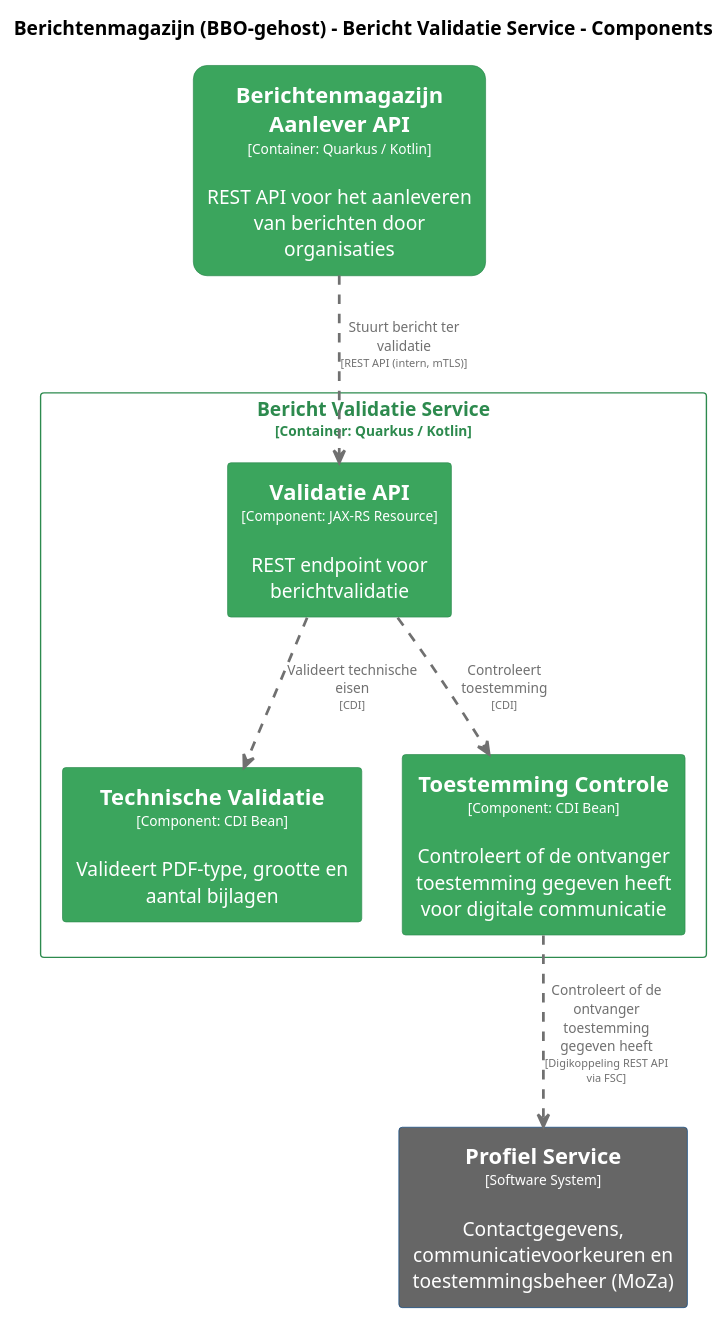
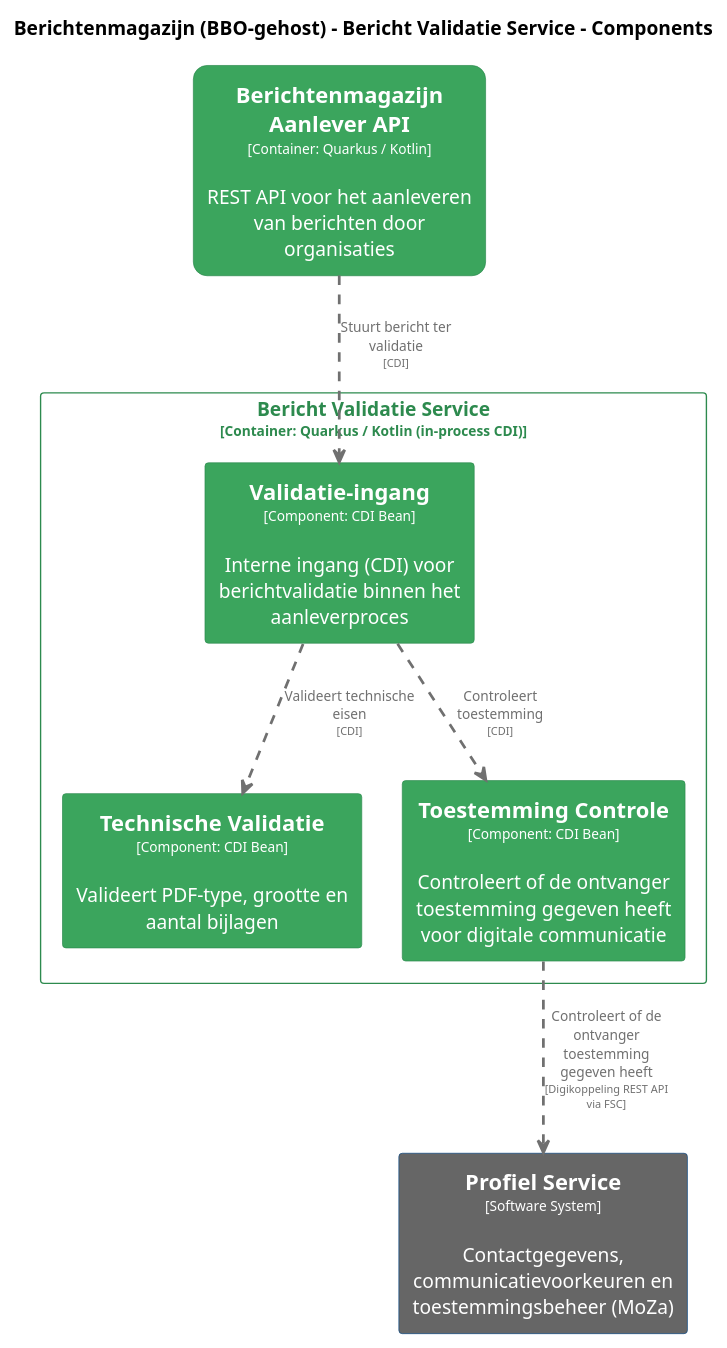
Before and after one commit to MinBZK/moza-poc-fbs-berichtenbox: the diagram in master/puml/BerichtValidatieComponenten.puml, drawn with PlantUML. The commit also changed 51 other files, not shown here.

```diff
--- a/master/puml/BerichtValidatieComponenten.puml
+++ b/master/puml/BerichtValidatieComponenten.puml
@@ -1,68 +1,68 @@
 @startuml
 set separator none
 title Berichtenmagazijn (BBO-gehost) - Bericht Validatie Service - Components
 
 top to bottom direction
 skinparam ranksep 60
 skinparam nodesep 30
 
 skinparam {
   arrowFontSize 10
   defaultTextAlignment center
   wrapWidth 200
   maxMessageSize 100
 }
 
 hide stereotype
 
 skinparam rectangle<<BerichtenmagazijnBBOgehost.BerichtenmagazijnAanleverAPI>> {
   BackgroundColor #3ba55d
   FontColor #ffffff
   BorderColor #2d8a4e
   roundCorner 20
   shadowing false
 }
 skinparam rectangle<<ProfielService>> {
   BackgroundColor #666666
   FontColor #ffffff
   BorderColor #0b4884
   shadowing false
 }
 skinparam rectangle<<BerichtenmagazijnBBOgehost.BerichtValidatieService.TechnischeValidatie>> {
   BackgroundColor #3ba55d
   FontColor #ffffff
   BorderColor #2d8a4e
   shadowing false
 }
 skinparam rectangle<<BerichtenmagazijnBBOgehost.BerichtValidatieService.ToestemmingControle>> {
   BackgroundColor #3ba55d
   FontColor #ffffff
   BorderColor #2d8a4e
   shadowing false
 }
-skinparam rectangle<<BerichtenmagazijnBBOgehost.BerichtValidatieService.ValidatieAPI>> {
+skinparam rectangle<<BerichtenmagazijnBBOgehost.BerichtValidatieService.Validatieingang>> {
   BackgroundColor #3ba55d
   FontColor #ffffff
   BorderColor #2d8a4e
   shadowing false
 }
 skinparam rectangle<<BerichtenmagazijnBBOgehost.BerichtValidatieService>> {
   BorderColor #2d8a4e
   FontColor #2d8a4e
   shadowing false
 }
 
 rectangle "==Profiel Service\n<size:10>[Software System]</size>\n\nContactgegevens, communicatievoorkeuren en toestemmingsbeheer (MoZa)" <<ProfielService>> as ProfielService
 rectangle "==Berichtenmagazijn Aanlever API\n<size:10>[Container: Quarkus / Kotlin]</size>\n\nREST API voor het aanleveren van berichten door organisaties" <<BerichtenmagazijnBBOgehost.BerichtenmagazijnAanleverAPI>> as BerichtenmagazijnBBOgehost.BerichtenmagazijnAanleverAPI
 
-rectangle "Bericht Validatie Service\n<size:10>[Container: Quarkus / Kotlin]</size>" <<BerichtenmagazijnBBOgehost.BerichtValidatieService>> {
-  rectangle "==Validatie API\n<size:10>[Component: JAX-RS Resource]</size>\n\nREST endpoint voor berichtvalidatie" <<BerichtenmagazijnBBOgehost.BerichtValidatieService.ValidatieAPI>> as BerichtenmagazijnBBOgehost.BerichtValidatieService.ValidatieAPI
+rectangle "Bericht Validatie Service\n<size:10>[Container: Quarkus / Kotlin (in-process CDI)]</size>" <<BerichtenmagazijnBBOgehost.BerichtValidatieService>> {
+  rectangle "==Validatie-ingang\n<size:10>[Component: CDI Bean]</size>\n\nInterne ingang (CDI) voor berichtvalidatie binnen het aanleverproces" <<BerichtenmagazijnBBOgehost.BerichtValidatieService.Validatieingang>> as BerichtenmagazijnBBOgehost.BerichtValidatieService.Validatieingang
   rectangle "==Technische Validatie\n<size:10>[Component: CDI Bean]</size>\n\nValideert PDF-type, grootte en aantal bijlagen" <<BerichtenmagazijnBBOgehost.BerichtValidatieService.TechnischeValidatie>> as BerichtenmagazijnBBOgehost.BerichtValidatieService.TechnischeValidatie
   rectangle "==Toestemming Controle\n<size:10>[Component: CDI Bean]</size>\n\nControleert of de ontvanger toestemming gegeven heeft voor digitale communicatie" <<BerichtenmagazijnBBOgehost.BerichtValidatieService.ToestemmingControle>> as BerichtenmagazijnBBOgehost.BerichtValidatieService.ToestemmingControle
 }
 
 BerichtenmagazijnBBOgehost.BerichtValidatieService.ToestemmingControle .[#707070,thickness=2].> ProfielService : "<color:#707070>Controleert of de ontvanger toestemming gegeven heeft\n<color:#707070><size:8>[Digikoppeling REST API via FSC]</size>"
-BerichtenmagazijnBBOgehost.BerichtValidatieService.ValidatieAPI .[#707070,thickness=2].> BerichtenmagazijnBBOgehost.BerichtValidatieService.TechnischeValidatie : "<color:#707070>Valideert technische eisen\n<color:#707070><size:8>[CDI]</size>"
-BerichtenmagazijnBBOgehost.BerichtValidatieService.ValidatieAPI .[#707070,thickness=2].> BerichtenmagazijnBBOgehost.BerichtValidatieService.ToestemmingControle : "<color:#707070>Controleert toestemming\n<color:#707070><size:8>[CDI]</size>"
-BerichtenmagazijnBBOgehost.BerichtenmagazijnAanleverAPI .[#707070,thickness=2].> BerichtenmagazijnBBOgehost.BerichtValidatieService.ValidatieAPI : "<color:#707070>Stuurt bericht ter validatie\n<color:#707070><size:8>[REST API (intern, mTLS)]</size>"
+BerichtenmagazijnBBOgehost.BerichtValidatieService.Validatieingang .[#707070,thickness=2].> BerichtenmagazijnBBOgehost.BerichtValidatieService.TechnischeValidatie : "<color:#707070>Valideert technische eisen\n<color:#707070><size:8>[CDI]</size>"
+BerichtenmagazijnBBOgehost.BerichtValidatieService.Validatieingang .[#707070,thickness=2].> BerichtenmagazijnBBOgehost.BerichtValidatieService.ToestemmingControle : "<color:#707070>Controleert toestemming\n<color:#707070><size:8>[CDI]</size>"
+BerichtenmagazijnBBOgehost.BerichtenmagazijnAanleverAPI .[#707070,thickness=2].> BerichtenmagazijnBBOgehost.BerichtValidatieService.Validatieingang : "<color:#707070>Stuurt bericht ter validatie\n<color:#707070><size:8>[CDI]</size>"
 @enduml
```
